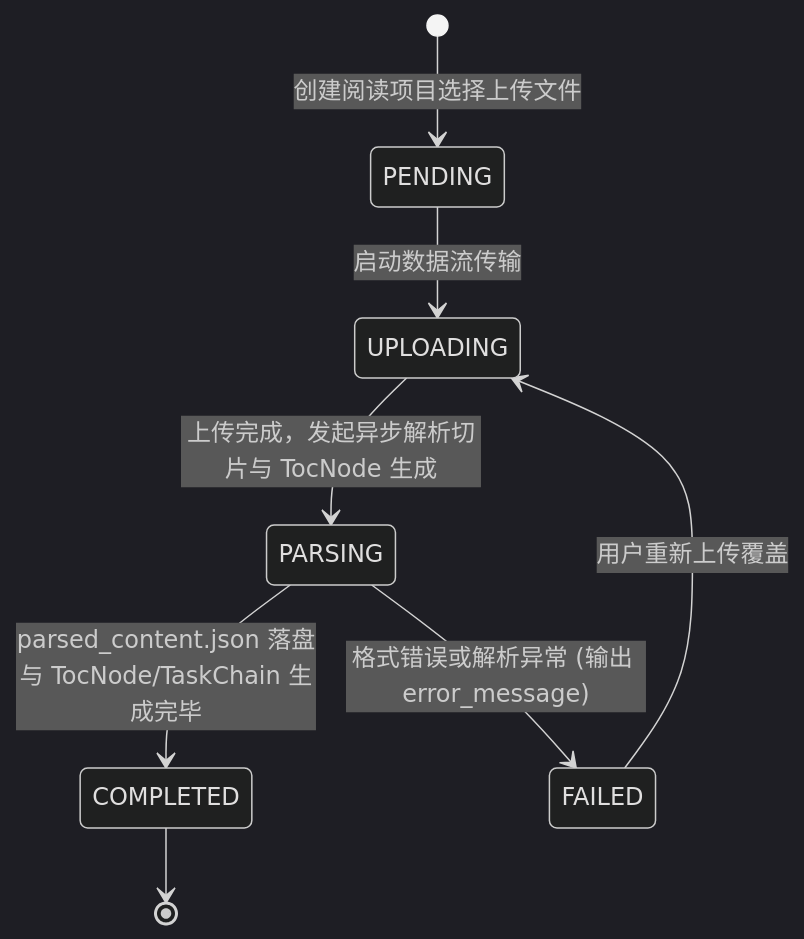
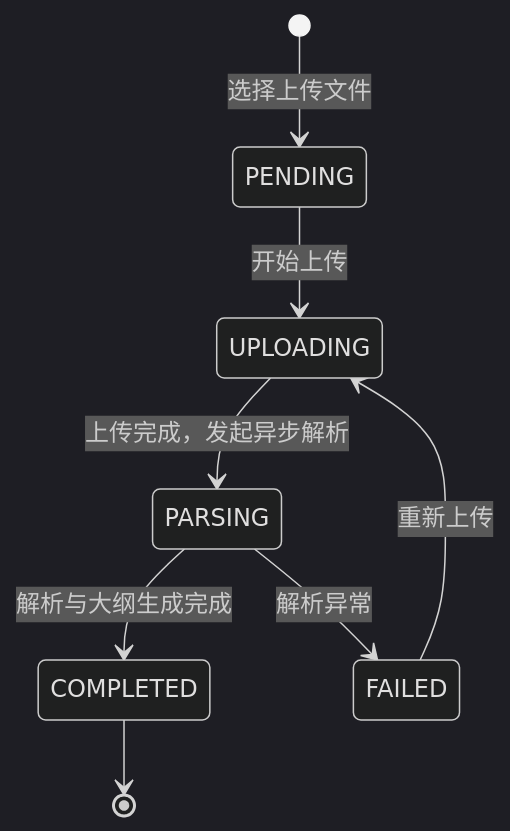
The fourth of 7 diagrams in docs/04_interaction_design/flow_state_spec-v1.0.md (shanglihong/i-have-a-plan), drawn with Mermaid (dark theme) before and after one commit. The commit also changed other lines of this file and 3 other files, not shown here.

````diff
--- a/docs/04_interaction_design/flow_state_spec-v1.0.md
+++ b/docs/04_interaction_design/flow_state_spec-v1.0.md
@@ -87,10 +89,10 @@
 ```mermaid
 stateDiagram-v2
-    [*] --> PENDING : 创建阅读项目选择上传文件
-    PENDING --> UPLOADING : 启动数据流传输
-    UPLOADING --> PARSING : 上传完成，发起异步解析切片与 TocNode 生成
-    PARSING --> COMPLETED : parsed_content.json 落盘与 TocNode/TaskChain 生成完毕
-    PARSING --> FAILED : 格式错误或解析异常 (输出 error_message)
-    FAILED --> UPLOADING : 用户重新上传覆盖
+    [*] --> PENDING : 选择上传文件
+    PENDING --> UPLOADING : 开始上传
+    UPLOADING --> PARSING : 上传完成，发起异步解析
+    PARSING --> COMPLETED : 解析与大纲生成完成
+    PARSING --> FAILED : 解析异常
+    FAILED --> UPLOADING : 重新上传
     COMPLETED --> [*]
 ```
````
